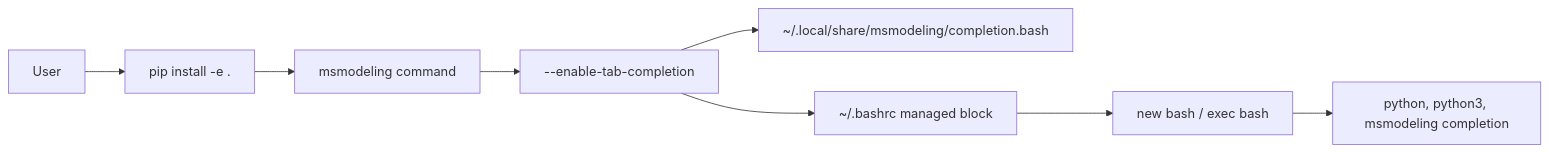
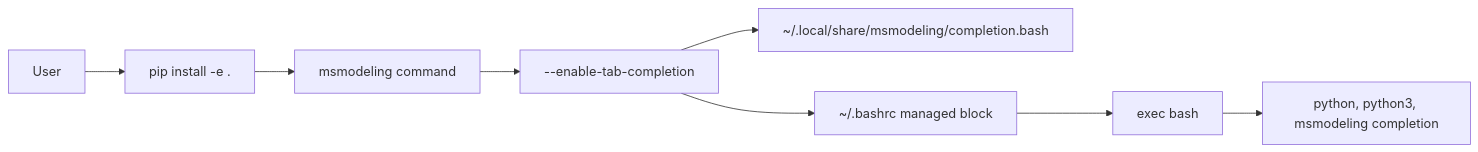
One commit to eveyin2026abc-creator/yq changed the diagram in docs/RFC/rfc_cli_static_tab_completion_zh.md. Above: the diagram before and after it, drawn with Mermaid. The commit also changed other lines of this file and 4 other files, not shown here.

````diff
--- a/docs/RFC/rfc_cli_static_tab_completion_zh.md
+++ b/docs/RFC/rfc_cli_static_tab_completion_zh.md
@@ -92,10 +81,10 @@
 ```mermaid
 flowchart LR
     User[User] --> Install["pip install -e ."]
     Install --> Entry["msmodeling command"]
     Entry --> Enable["--enable-tab-completion"]
     Enable --> Script["~/.local/share/msmodeling/completion.bash"]
     Enable --> Bashrc["~/.bashrc managed block"]
-    Bashrc --> NewShell["new bash / exec bash"]
+    Bashrc --> NewShell["exec bash"]
     NewShell --> Complete["python, python3, msmodeling completion"]
 ```
````
